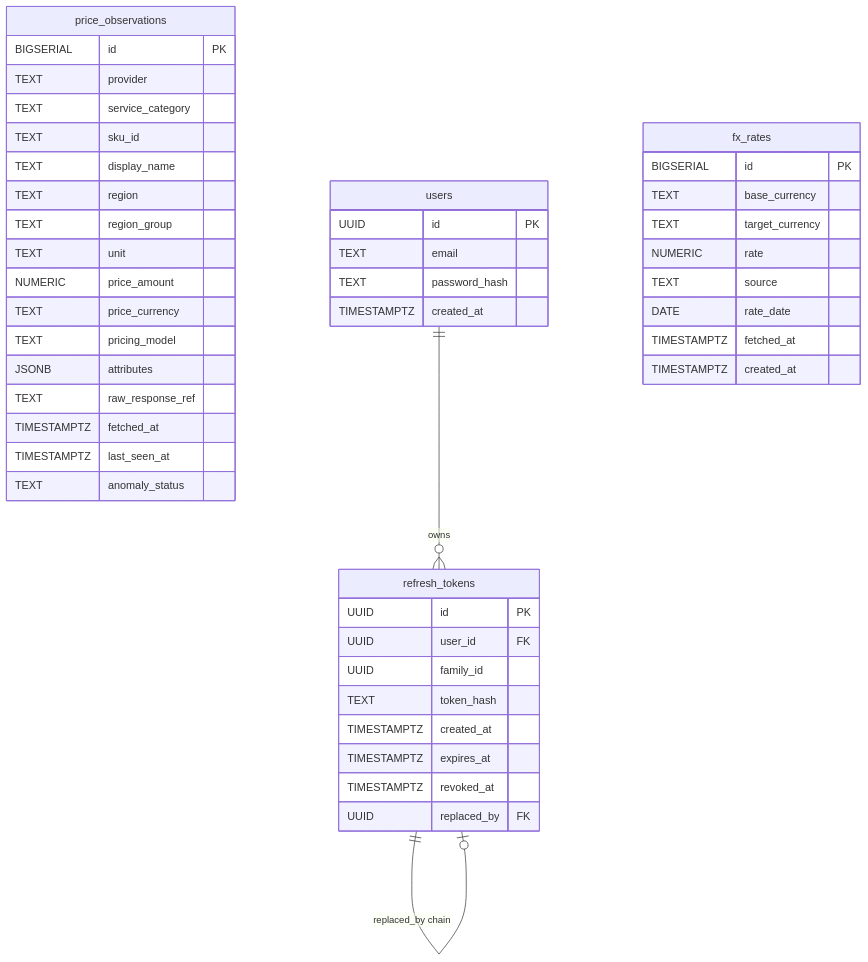
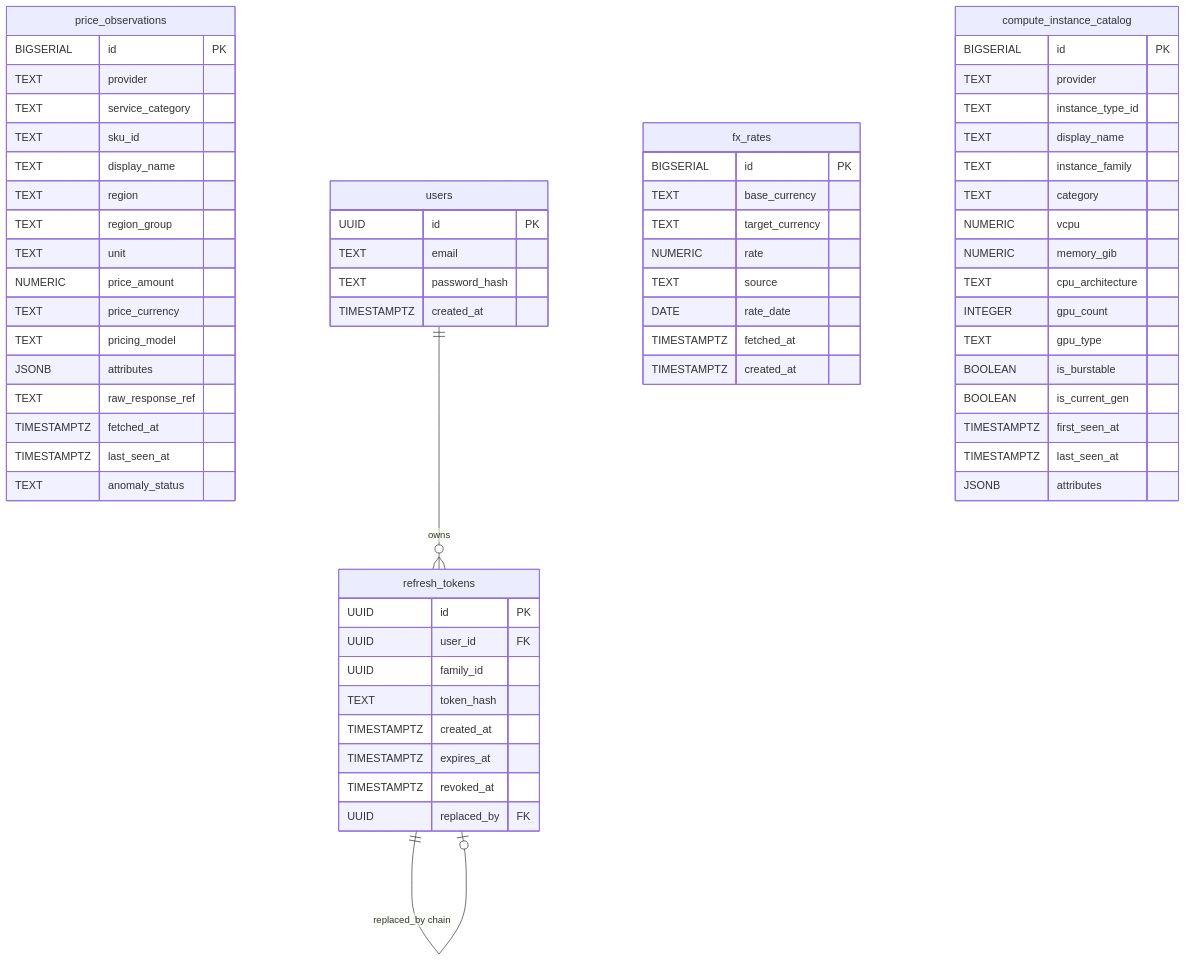
The first of 2 diagrams in docs/diagrams/02-data-model-erd.md (thatengineerguy21/cloudvitta), drawn with Mermaid before and after one commit. The commit also changed other lines of this file and 44 other files, not shown here.

First line of the commit message:
feat(catalog): introduce dedicated compute instance catalog table and endpoints

````diff
--- a/docs/diagrams/02-data-model-erd.md
+++ b/docs/diagrams/02-data-model-erd.md
@@ -9,53 +9,72 @@
 ```mermaid
 erDiagram
     price_observations {
         BIGSERIAL id PK
         TEXT provider
         TEXT service_category
         TEXT sku_id
         TEXT display_name
         TEXT region
         TEXT region_group
         TEXT unit
         NUMERIC price_amount
         TEXT price_currency
         TEXT pricing_model
         JSONB attributes
         TEXT raw_response_ref
         TIMESTAMPTZ fetched_at
         TIMESTAMPTZ last_seen_at
         TEXT anomaly_status
     }
 
     users {
         UUID id PK
         TEXT email
         TEXT password_hash
         TIMESTAMPTZ created_at
     }
 
     refresh_tokens {
         UUID id PK
         UUID user_id FK
         UUID family_id
         TEXT token_hash
         TIMESTAMPTZ created_at
         TIMESTAMPTZ expires_at
         TIMESTAMPTZ revoked_at
         UUID replaced_by FK
     }
 
     fx_rates {
         BIGSERIAL id PK
         TEXT base_currency
         TEXT target_currency
         NUMERIC rate
         TEXT source
         DATE rate_date
         TIMESTAMPTZ fetched_at
         TIMESTAMPTZ created_at
     }
 
+    compute_instance_catalog {
+        BIGSERIAL id PK
+        TEXT provider
+        TEXT instance_type_id
+        TEXT display_name
+        TEXT instance_family
+        TEXT category
+        NUMERIC vcpu
+        NUMERIC memory_gib
+        TEXT cpu_architecture
+        INTEGER gpu_count
+        TEXT gpu_type
+        BOOLEAN is_burstable
+        BOOLEAN is_current_gen
+        TIMESTAMPTZ first_seen_at
+        TIMESTAMPTZ last_seen_at
+        JSONB attributes
+    }
+
     users ||--o{ refresh_tokens : "owns"
     refresh_tokens ||--o| refresh_tokens : "replaced_by chain"
 ```
````
